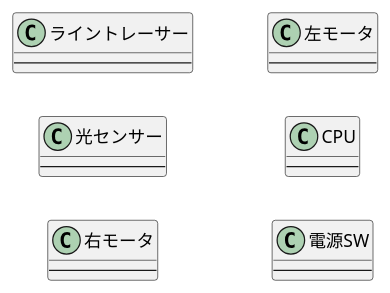
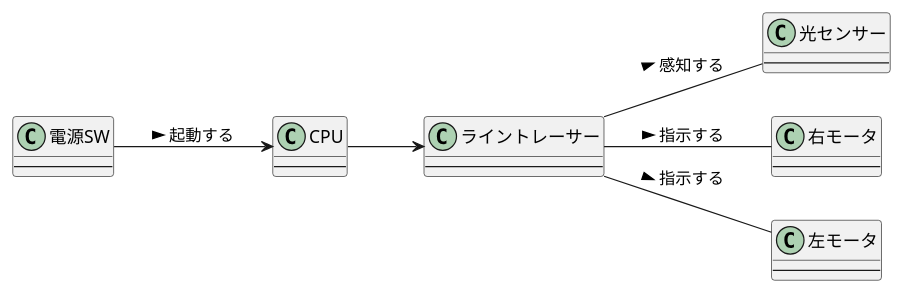
One commit to krij9319/uml-introduction changed the diagram in 6章/演習6-5-1_クラス図_ライントレーサー.pu. Above: the diagram before and after it, drawn with PlantUML.

Commit message:
演習6-5-1の追記

```diff
--- a/6章/演習6-5-1_クラス図_ライントレーサー.pu
+++ b/6章/演習6-5-1_クラス図_ライントレーサー.pu
@@ -1,26 +1,33 @@
 @startuml クラス図
     left to right direction
     class ライントレーサー{
     ---
     }
 
     class 光センサー{
     ---
     }
 
     class 右モータ{
     ---
     }
 
     class 左モータ{
     ---
     }
 
     class CPU{
     ---
     }
 
     class 電源SW{
     ---
     }
+
+    電源SW --> CPU : > 起動する
+    CPU --> ライントレーサー
+    ライントレーサー -- 右モータ : > 指示する
+    ライントレーサー -- 光センサー : > 感知する
+    ライントレーサー -- 左モータ : > 指示する
+
 @enduml
```
